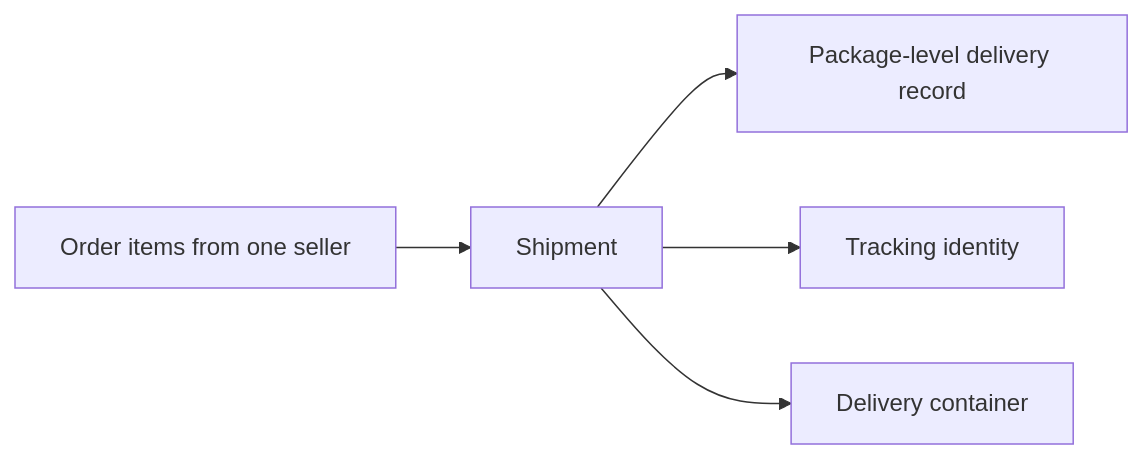
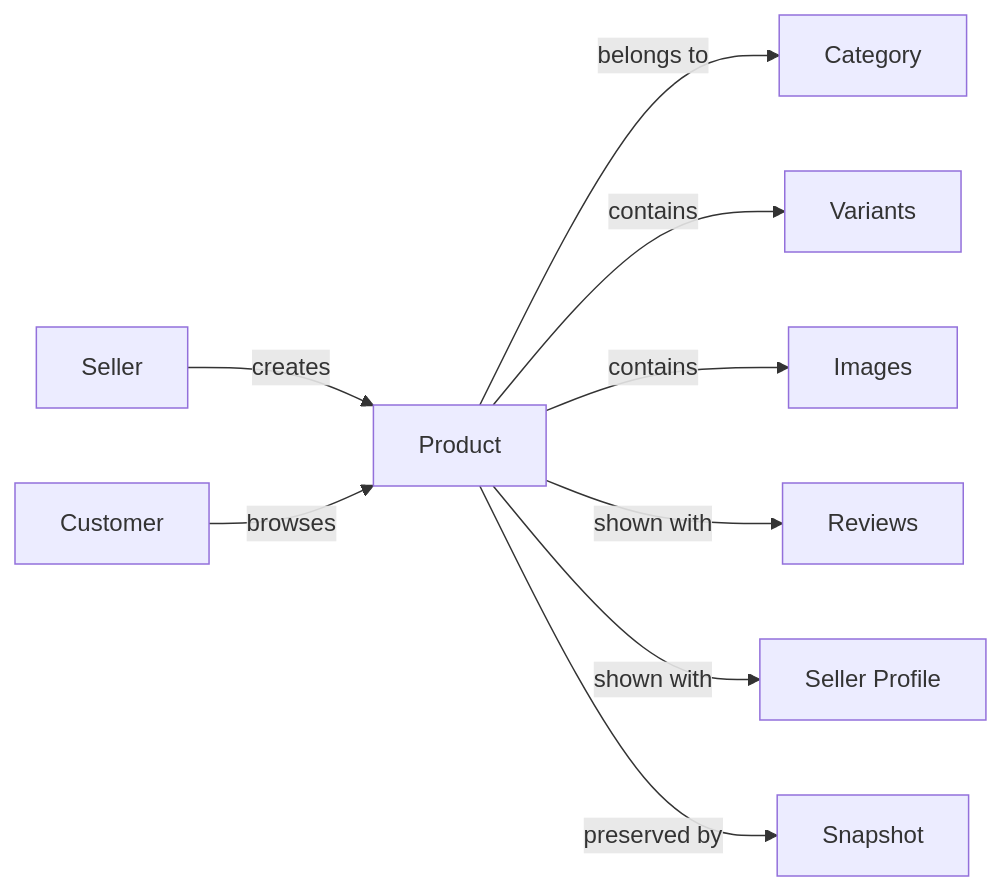
One commit to wrtnlabs/autobe-examples changed diagram 11 of 32 in openai/gpt-5.4-mini/shopping/docs/analysis/02-domain-model.md. Above: the diagram before and after it, drawn with Mermaid. The commit also changed other lines of this file and 9017 other files, not shown here.

````diff
--- a/openai/gpt-5.4-mini/shopping/docs/analysis/02-domain-model.md
+++ b/openai/gpt-5.4-mini/shopping/docs/analysis/02-domain-model.md
@@ -534,7 +293,11 @@
 ```mermaid
 flowchart LR
-    A["Order items from one seller"] --> B["Shipment"]
-    B --> C["Package-level delivery record"]
-    B --> D["Tracking identity"]
-    B --> E["Delivery container"]
+    A["Seller"] -->|"creates"| B["Product"]
+    B -->|"belongs to"| C["Category"]
+    D["Customer"] -->|"browses"| B
+    B -->|"contains"| E["Variants"]
+    B -->|"contains"| F["Images"]
+    B -->|"shown with"| G["Reviews"]
+    B -->|"shown with"| H["Seller Profile"]
+    B -->|"preserved by"| I["Snapshot"]
 ```
````
